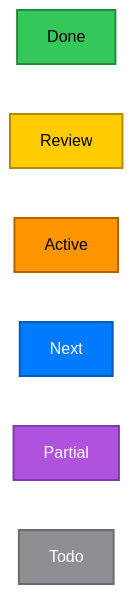
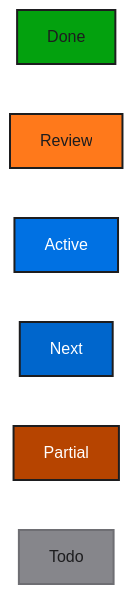
One commit to mihaelamj/PureYAML changed the first of 3 diagrams in README.md. Above: the diagram before and after it, drawn with Mermaid (forest theme). The commit also changed other lines of this file and 3 other files, not shown here.

Commit message:
docs(roadmap): use apple web colors

````diff
--- a/README.md
+++ b/README.md
@@ -21,20 +25,20 @@
 ```mermaid
 flowchart TB
-  classDef done fill:#34C759,color:#000,stroke:#248A3D,stroke-width:2px
-  classDef review fill:#FFCC00,color:#000,stroke:#B58B00,stroke-width:2px
-  classDef active fill:#FF9500,color:#000,stroke:#B36200,stroke-width:2px
-  classDef next fill:#007AFF,color:#fff,stroke:#005BBB,stroke-width:2px
-  classDef partial fill:#AF52DE,color:#fff,stroke:#7D3CAF,stroke-width:2px
-  classDef todo fill:#8E8E93,color:#fff,stroke:#6B6B70,stroke-width:2px
+  classDef done fill:#03A10E,color:#1D1D1F,stroke:#1D1D1F,stroke-width:2px
+  classDef review fill:#FF791B,color:#1D1D1F,stroke:#1D1D1F,stroke-width:2px
+  classDef active fill:#0071E3,color:#FFFFFF,stroke:#1D1D1F,stroke-width:2px
+  classDef next fill:#0066CC,color:#FFFFFF,stroke:#1D1D1F,stroke-width:2px
+  classDef partial fill:#B64400,color:#FFFFFF,stroke:#1D1D1F,stroke-width:2px
+  classDef todo fill:#86868B,color:#1D1D1F,stroke:#6E6E73,stroke-width:2px
   LDone[Done]:::done
   LReview[Review]:::review
   LActive[Active]:::active
   LNext[Next]:::next
   LPartial[Partial]:::partial
   LTodo[Todo]:::todo
   LDone ~~~ LReview
   LReview ~~~ LActive
   LActive ~~~ LNext
   LNext ~~~ LPartial
   LPartial ~~~ LTodo
 ```
````
